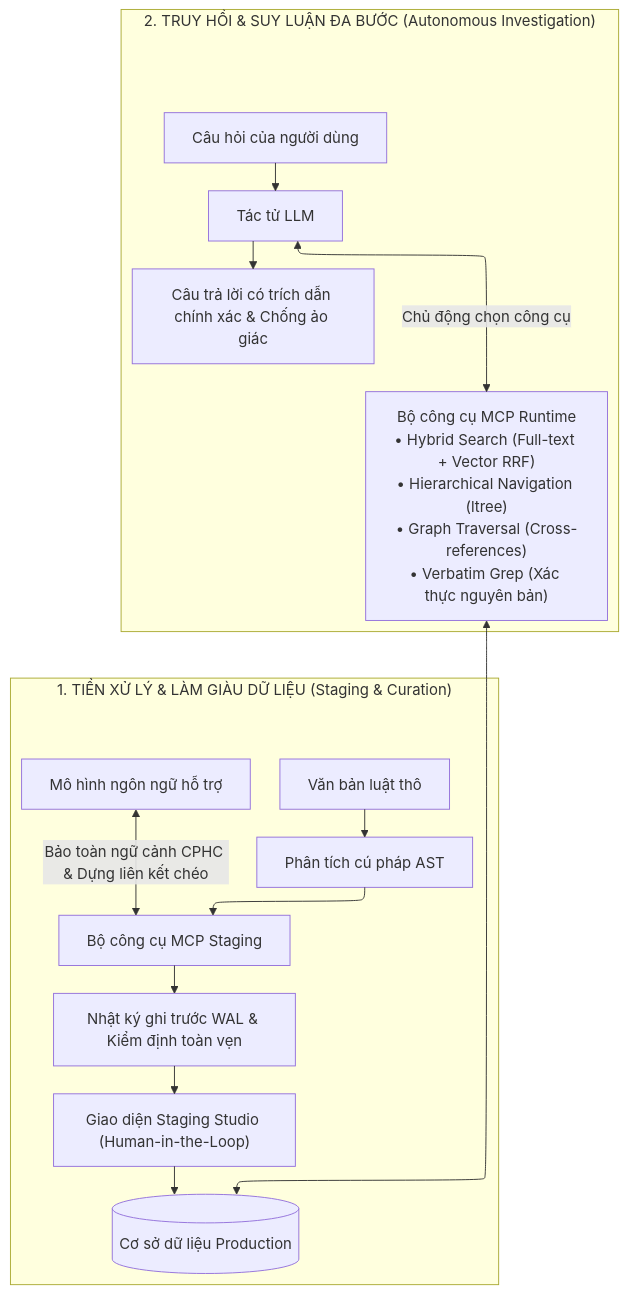
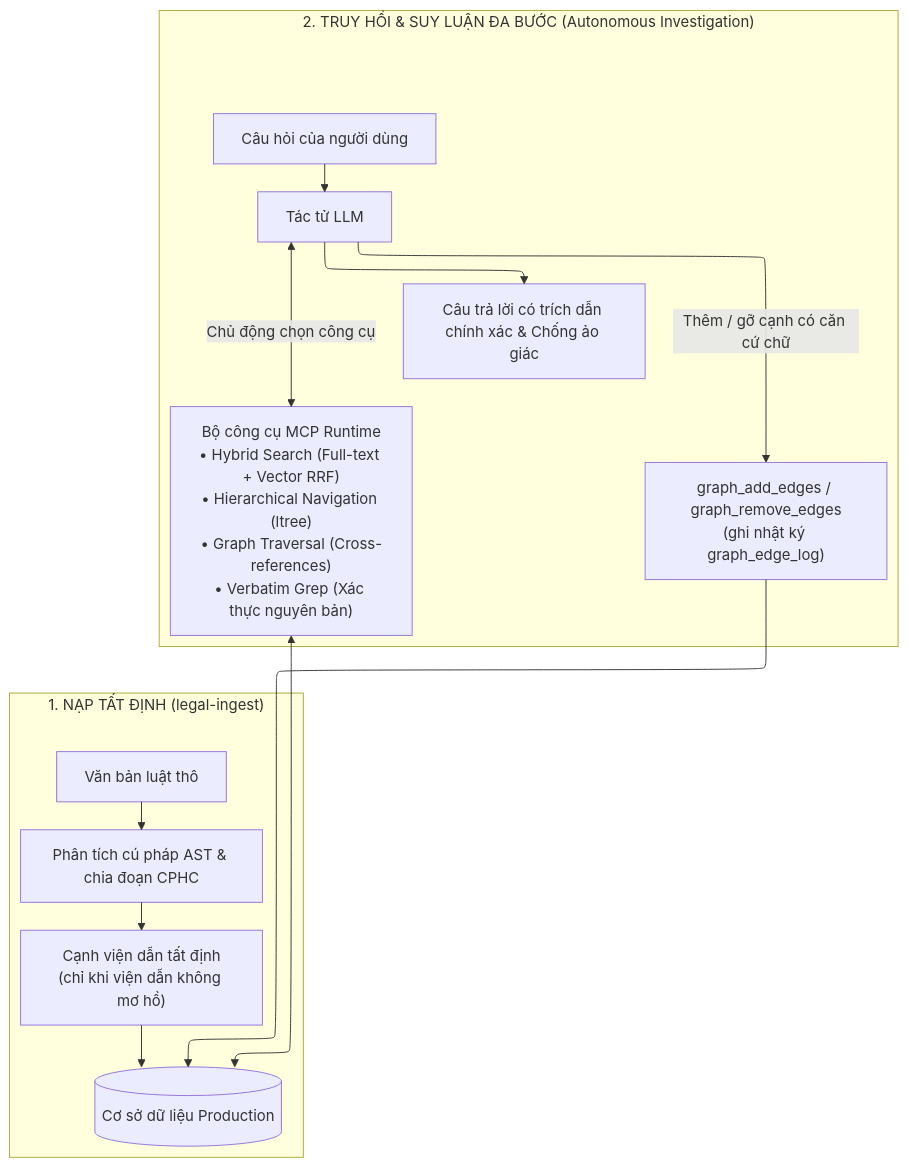
One commit to Hoang604/rag changed the diagram in README.md. Above: the diagram before and after it, drawn with Mermaid. The commit also changed other lines of this file and 100 other files, not shown here.

````diff
--- a/README.md
+++ b/README.md
@@ -17,21 +17,20 @@
 ```mermaid
 %%{init: {"flowchart": {"defaultRenderer": "elk"}}}%%
 flowchart TD
-    subgraph STAGING ["1. TIỀN XỬ LÝ & LÀM GIÀU DỮ LIỆU (Staging & Curation)"]
+    subgraph INGEST ["1. NẠP TẤT ĐỊNH (legal-ingest)"]
         direction TB
-        RAW["Văn bản luật thô"] --> AST["Phân tích cú pháp AST"]
-        AST --> STG_TOOLS["Bộ công cụ MCP Staging"]
-        LLM_CURATOR["Mô hình ngôn ngữ hỗ trợ"] <-->|Bảo toàn ngữ cảnh CPHC & Dựng liên kết chéo| STG_TOOLS
-        STG_TOOLS --> WAL["Nhật ký ghi trước WAL & Kiểm định toàn vẹn"]
-        WAL --> STUDIO["Giao diện Staging Studio (Human-in-the-Loop)"]
-        STUDIO --> PROD_DB[("Cơ sở dữ liệu Production")]
+        RAW["Văn bản luật thô"] --> AST["Phân tích cú pháp AST & chia đoạn CPHC"]
+        AST --> CITE["Cạnh viện dẫn tất định<br/>(chỉ khi viện dẫn không mơ hồ)"]
+        CITE --> PROD_DB[("Cơ sở dữ liệu Production")]
     end
 
     subgraph RUNTIME ["2. TRUY HỒI & SUY LUẬN ĐA BƯỚC (Autonomous Investigation)"]
         direction TB
         QUERY["Câu hỏi của người dùng"] --> AGENT["Tác tử LLM"]
         AGENT <-->|Chủ động chọn công cụ| RUNTIME_TOOLS["Bộ công cụ MCP Runtime<br/>• Hybrid Search (Full-text + Vector RRF)<br/>• Hierarchical Navigation (ltree)<br/>• Graph Traversal (Cross-references)<br/>• Verbatim Grep (Xác thực nguyên bản)"]
         RUNTIME_TOOLS <--> PROD_DB
+        AGENT -->|Thêm / gỡ cạnh có căn cứ chữ| CURATION["graph_add_edges / graph_remove_edges<br/>(ghi nhật ký graph_edge_log)"]
+        CURATION --> PROD_DB
         AGENT --> ANS["Câu trả lời có trích dẫn chính xác & Chống ảo giác"]
     end
 ```
````
